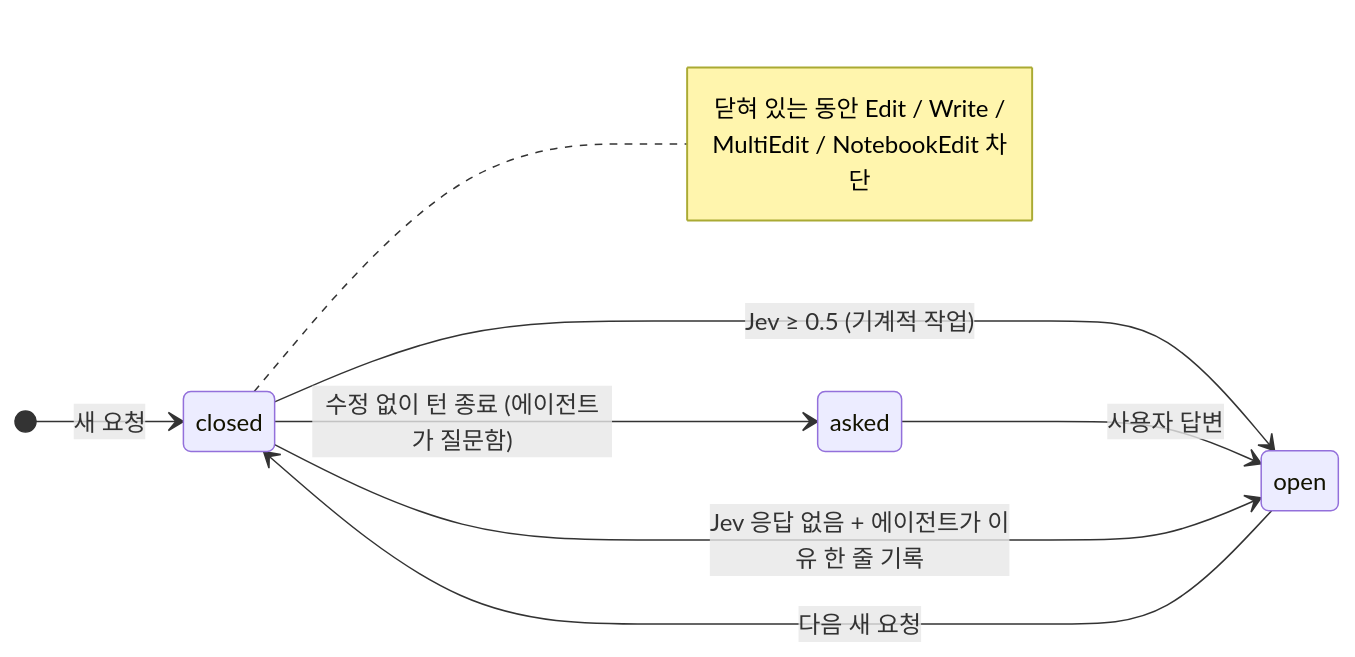
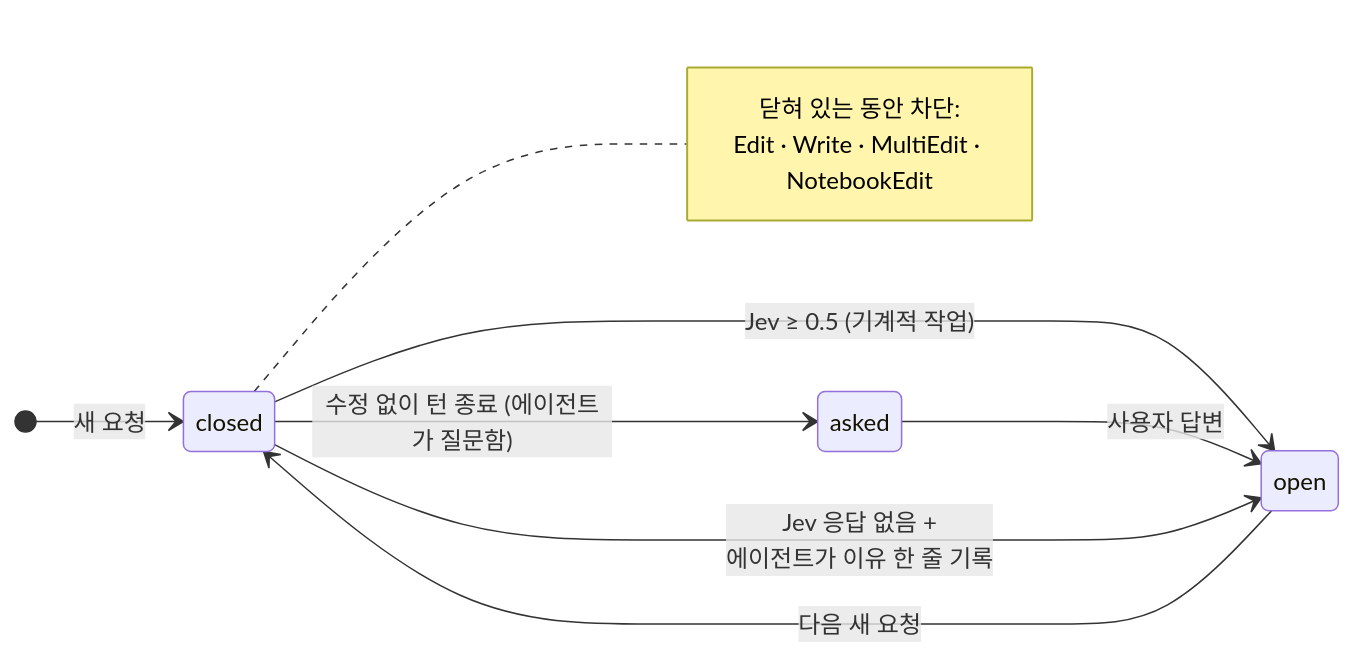
One commit to beyondworks/lean-forge changed the second of 3 diagrams in README.ko.md. Above: the diagram before and after it, drawn with Mermaid.

Commit message:
docs: keep Korean diagram labels from breaking mid-word

````diff
--- a/README.ko.md
+++ b/README.ko.md
@@ -60,14 +60,14 @@
 ```mermaid
 stateDiagram-v2
     direction LR
     [*] --> closed: 새 요청
     closed --> open: Jev ≥ 0.5 (기계적 작업)
     closed --> asked: 수정 없이 턴 종료 (에이전트가 질문함)
     asked --> open: 사용자 답변
     open --> closed: 다음 새 요청
-    closed --> open: Jev 응답 없음 + 에이전트가 이유 한 줄 기록
+    closed --> open: Jev 응답 없음 +<br/>에이전트가 이유 한 줄 기록
     note right of closed
-        닫혀 있는 동안 Edit / Write /
-        MultiEdit / NotebookEdit 차단
+        닫혀 있는 동안 차단:
+        Edit · Write · MultiEdit · NotebookEdit
     end note
 ```
````
